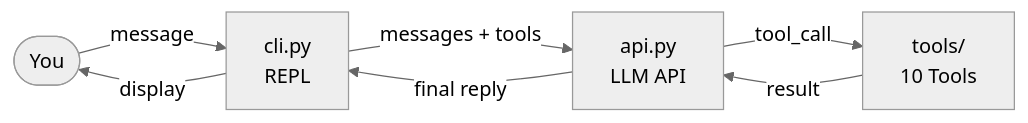
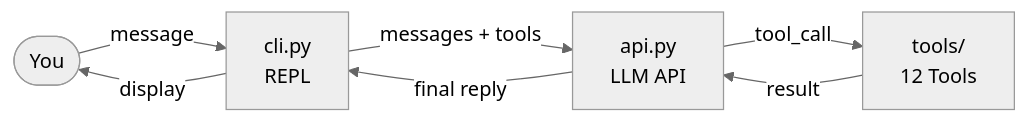
The diagram in README.md (novlan1/miniclaw-sund), drawn with Mermaid (neutral theme) before and after one commit. The commit also changed other lines of this file and 10 other files, not shown here.

````diff
--- a/README.md
+++ b/README.md
@@ -98,9 +99,9 @@
 ```mermaid
 flowchart LR
     User([You]) -->|message| REPL[cli.py<br>REPL]
     REPL -->|messages + tools| LLM[api.py<br>LLM API]
-    LLM -->|tool_call| Tools[tools/<br>10 Tools]
+    LLM -->|tool_call| Tools[tools/<br>12 Tools]
     Tools -->|result| LLM
     LLM -->|final reply| REPL
     REPL -->|display| User
 ```
````
